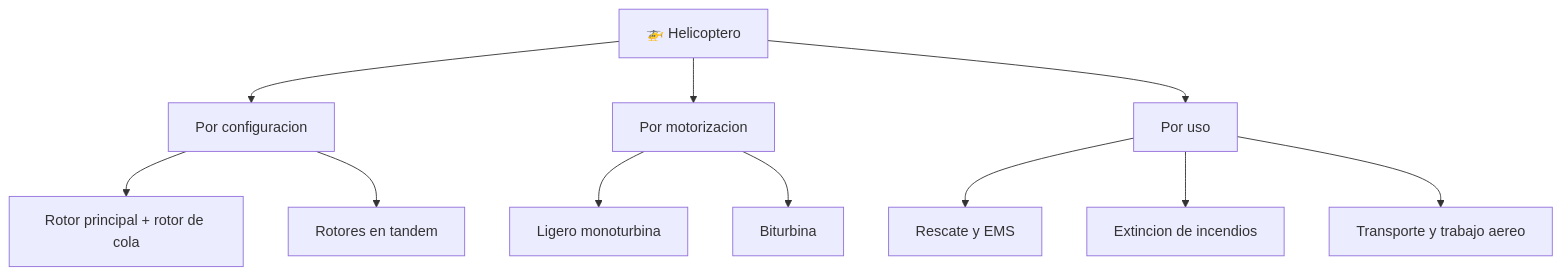
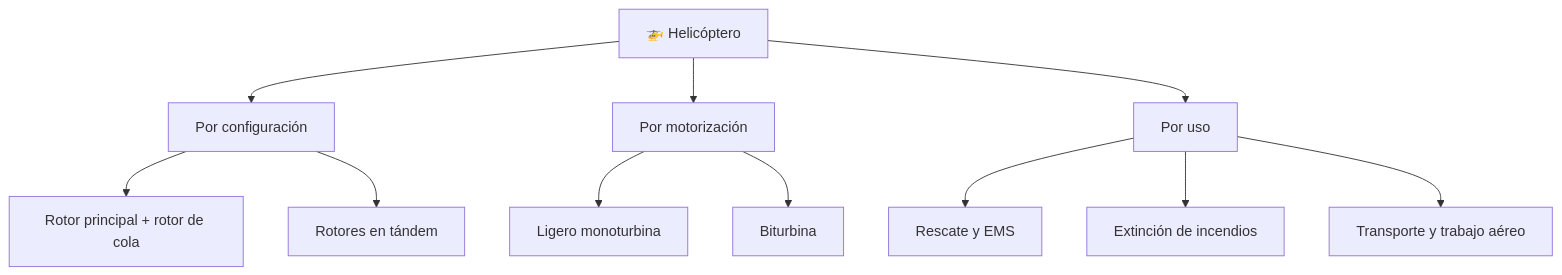
One commit to vladimiracunadev-create/machine-operator-program changed the diagram in vehiculos/helicopteros/operacion/caracteristicas-helicoptero.md. Above: the diagram before and after it, drawn with Mermaid. The commit also changed other lines of this file and 442 other files, not shown here.

````diff
--- a/vehiculos/helicopteros/operacion/caracteristicas-helicoptero.md
+++ b/vehiculos/helicopteros/operacion/caracteristicas-helicoptero.md
@@ -34,13 +34,13 @@
 ```mermaid
 flowchart TD
-    Heli[🚁 Helicoptero] --> Config[Por configuracion]
-    Heli --> Motor[Por motorizacion]
+    Heli[🚁 Helicóptero] --> Config[Por configuración]
+    Heli --> Motor[Por motorización]
     Heli --> Uso[Por uso]
     Config --> Convencional[Rotor principal + rotor de cola]
-    Config --> Tandem[Rotores en tandem]
+    Config --> Tandem[Rotores en tándem]
     Motor --> Mono[Ligero monoturbina]
     Motor --> Bi[Biturbina]
     Uso --> Rescate[Rescate y EMS]
-    Uso --> Incendio[Extincion de incendios]
-    Uso --> Transporte[Transporte y trabajo aereo]
+    Uso --> Incendio[Extinción de incendios]
+    Uso --> Transporte[Transporte y trabajo aéreo]
 ```
````
